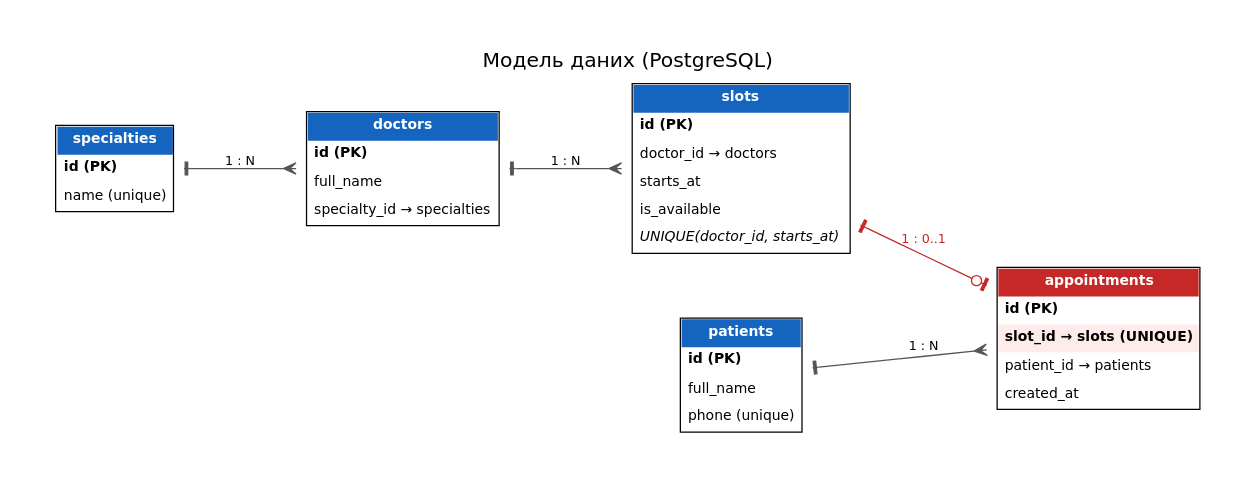
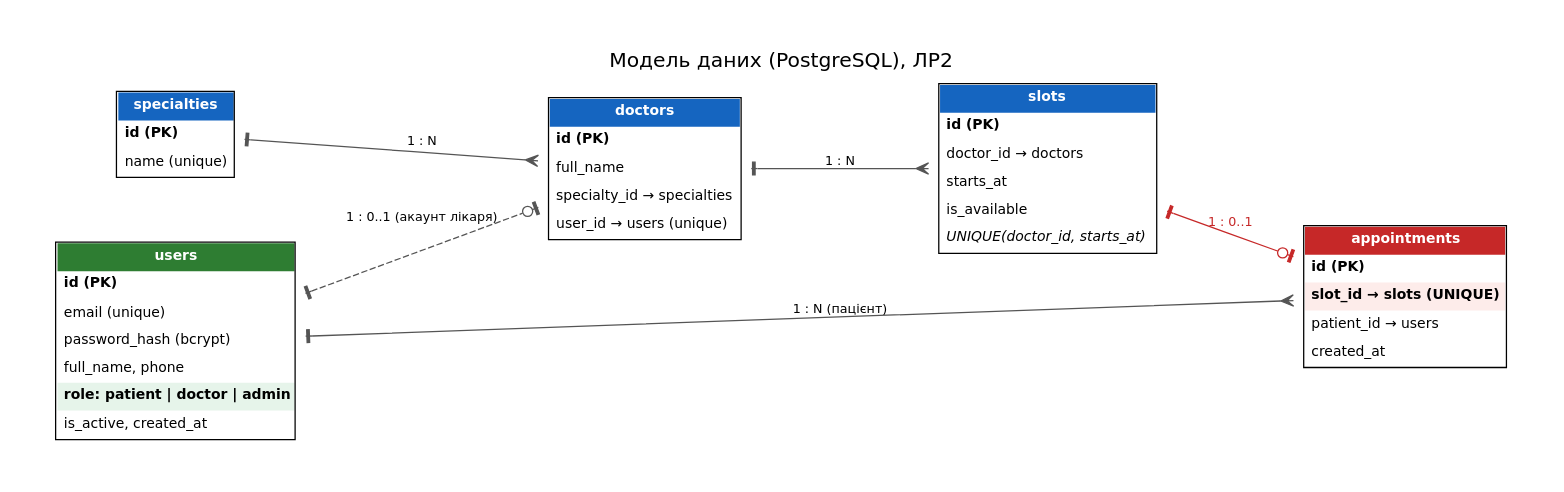
One commit to aanastasiaakk/ehealth-python changed the diagram in docs/diagrams/er-diagram.dot. Above: the diagram before and after it, drawn with Graphviz. The commit also changed 40 other files, not shown here.

```diff
--- a/docs/diagrams/er-diagram.dot
+++ b/docs/diagrams/er-diagram.dot
@@ -1,56 +1,61 @@
 // ER-діаграма бази даних
 // Згенерувати PNG:  dot -Tpng er-diagram.dot -o ../images/er-diagram.png
 digraph er {
     rankdir=LR;
     graph [fontname="DejaVu Sans", pad=0.4, nodesep=0.6, ranksep=0.9,
-           label="Модель даних (PostgreSQL)", labelloc=t, fontsize=16];
+           label="Модель даних (PostgreSQL), ЛР2", labelloc=t, fontsize=16];
     node [fontname="DejaVu Sans", fontsize=11, shape=plaintext];
     edge [fontname="DejaVu Sans", fontsize=10, color="#555555", arrowhead=crow, arrowtail=tee, dir=both];
 
     specialties [label=<
       <TABLE BORDER="1" CELLBORDER="0" CELLSPACING="0" CELLPADDING="5" BGCOLOR="#FFFFFF">
         <TR><TD BGCOLOR="#1565C0"><FONT COLOR="white"><B>specialties</B></FONT></TD></TR>
         <TR><TD ALIGN="LEFT"><B>id (PK)</B></TD></TR>
         <TR><TD ALIGN="LEFT">name (unique)</TD></TR>
       </TABLE>>];
 
     doctors [label=<
       <TABLE BORDER="1" CELLBORDER="0" CELLSPACING="0" CELLPADDING="5" BGCOLOR="#FFFFFF">
         <TR><TD BGCOLOR="#1565C0"><FONT COLOR="white"><B>doctors</B></FONT></TD></TR>
         <TR><TD ALIGN="LEFT"><B>id (PK)</B></TD></TR>
         <TR><TD ALIGN="LEFT">full_name</TD></TR>
         <TR><TD ALIGN="LEFT">specialty_id → specialties</TD></TR>
+        <TR><TD ALIGN="LEFT">user_id → users (unique)</TD></TR>
       </TABLE>>];
 
     slots [label=<
       <TABLE BORDER="1" CELLBORDER="0" CELLSPACING="0" CELLPADDING="5" BGCOLOR="#FFFFFF">
         <TR><TD BGCOLOR="#1565C0"><FONT COLOR="white"><B>slots</B></FONT></TD></TR>
         <TR><TD ALIGN="LEFT"><B>id (PK)</B></TD></TR>
         <TR><TD ALIGN="LEFT">doctor_id → doctors</TD></TR>
         <TR><TD ALIGN="LEFT">starts_at</TD></TR>
         <TR><TD ALIGN="LEFT">is_available</TD></TR>
         <TR><TD ALIGN="LEFT"><I>UNIQUE(doctor_id, starts_at)</I></TD></TR>
       </TABLE>>];
 
     appointments [label=<
       <TABLE BORDER="1" CELLBORDER="0" CELLSPACING="0" CELLPADDING="5" BGCOLOR="#FFFFFF">
         <TR><TD BGCOLOR="#C62828"><FONT COLOR="white"><B>appointments</B></FONT></TD></TR>
         <TR><TD ALIGN="LEFT"><B>id (PK)</B></TD></TR>
         <TR><TD ALIGN="LEFT" BGCOLOR="#FDECEA"><B>slot_id → slots (UNIQUE)</B></TD></TR>
-        <TR><TD ALIGN="LEFT">patient_id → patients</TD></TR>
+        <TR><TD ALIGN="LEFT">patient_id → users</TD></TR>
         <TR><TD ALIGN="LEFT">created_at</TD></TR>
       </TABLE>>];
 
-    patients [label=<
+    users [label=<
       <TABLE BORDER="1" CELLBORDER="0" CELLSPACING="0" CELLPADDING="5" BGCOLOR="#FFFFFF">
-        <TR><TD BGCOLOR="#1565C0"><FONT COLOR="white"><B>patients</B></FONT></TD></TR>
+        <TR><TD BGCOLOR="#2E7D32"><FONT COLOR="white"><B>users</B></FONT></TD></TR>
         <TR><TD ALIGN="LEFT"><B>id (PK)</B></TD></TR>
-        <TR><TD ALIGN="LEFT">full_name</TD></TR>
-        <TR><TD ALIGN="LEFT">phone (unique)</TD></TR>
+        <TR><TD ALIGN="LEFT">email (unique)</TD></TR>
+        <TR><TD ALIGN="LEFT">password_hash (bcrypt)</TD></TR>
+        <TR><TD ALIGN="LEFT">full_name, phone</TD></TR>
+        <TR><TD ALIGN="LEFT" BGCOLOR="#E6F4EA"><B>role: patient | doctor | admin</B></TD></TR>
+        <TR><TD ALIGN="LEFT">is_active, created_at</TD></TR>
       </TABLE>>];
 
     specialties -> doctors [label="1 : N"];
     doctors -> slots [label="1 : N"];
     slots -> appointments [label="1 : 0..1", arrowhead=teeodot, color="#C62828", fontcolor="#C62828"];
-    patients -> appointments [label="1 : N"];
+    users -> appointments [label="1 : N (пацієнт)"];
+    users -> doctors [label="1 : 0..1 (акаунт лікаря)", arrowhead=teeodot, style=dashed];
 }
```
